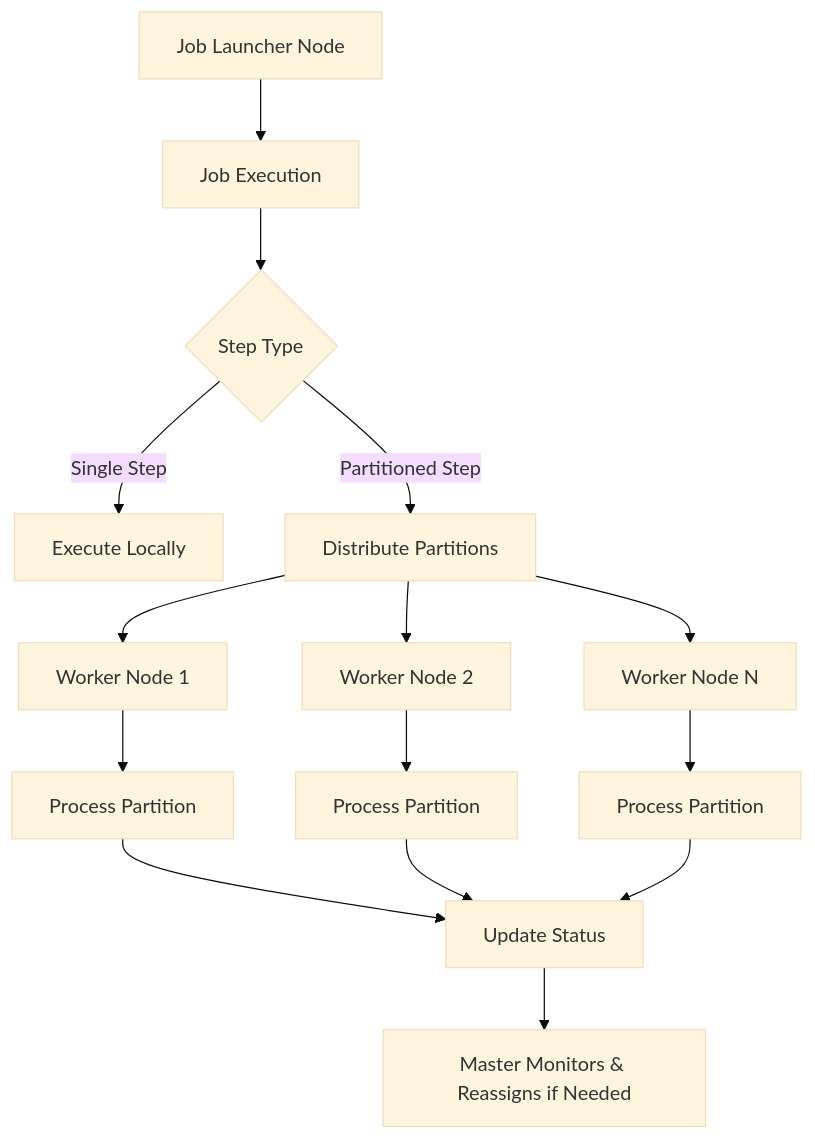
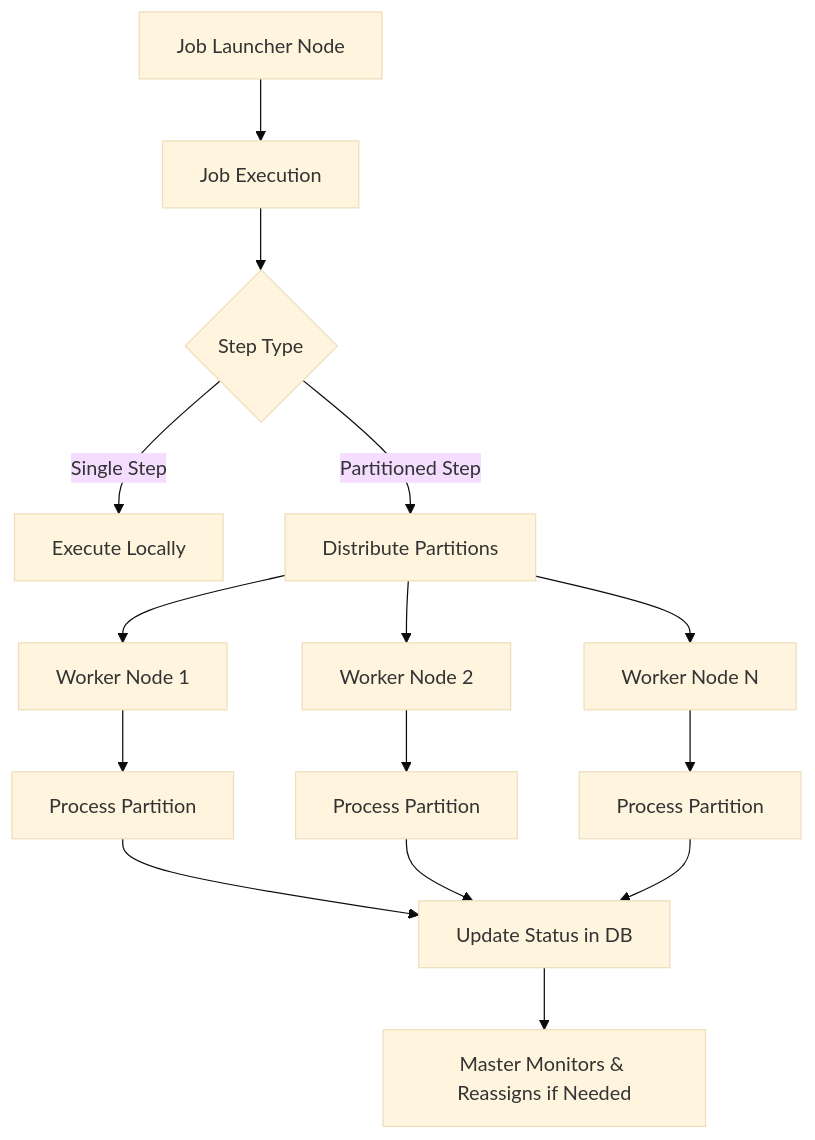
Before and after one commit to jchejarla/spring-batch-db-cluster-partitioning: the diagram in README.md, drawn with Mermaid (base theme). The commit also changed other lines of this file and 1 other file, not shown here.

````diff
--- a/README.md
+++ b/README.md
@@ -81,17 +44,17 @@
 ```mermaid
 graph TD
     A[Job Launcher Node] --> B[Job Execution]
     B --> C{Step Type}
     C -->|Single Step| D[Execute Locally]
     C -->|Partitioned Step| E[Distribute Partitions]
     E --> F[Worker Node 1]
     E --> G[Worker Node 2]
     E --> H[Worker Node N]
     F --> I[Process Partition]
     G --> J[Process Partition]
     H --> K[Process Partition]
-    I --> L[Update Status]
+    I --> L[Update Status in DB]
     J --> L
     K --> L
     L --> M[Master Monitors & Reassigns if Needed]
 ```
````
